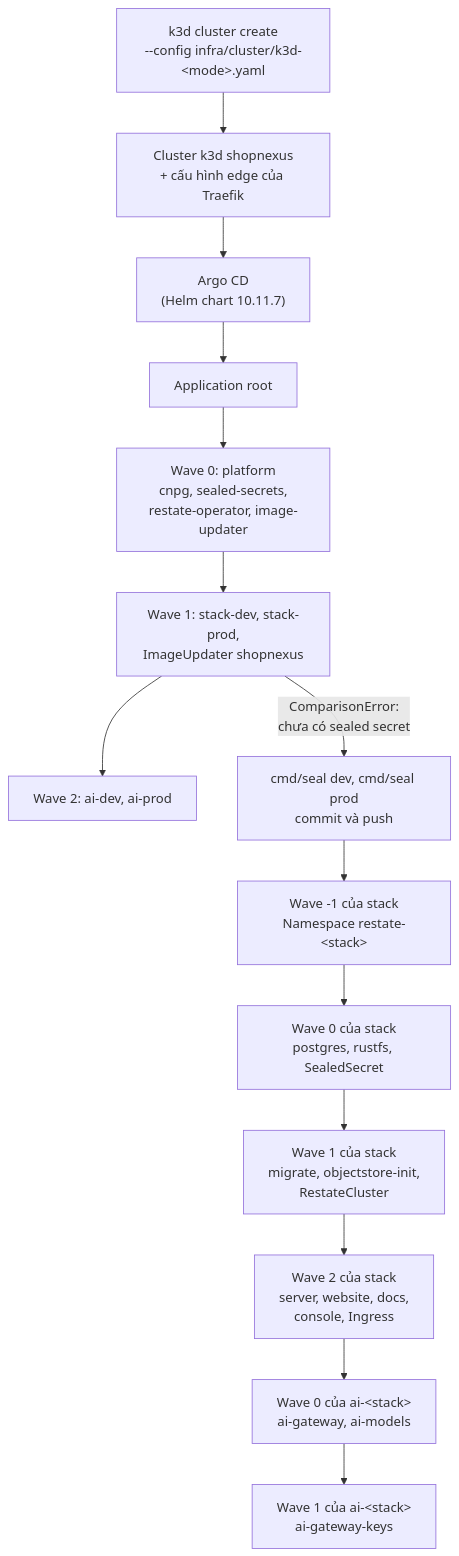
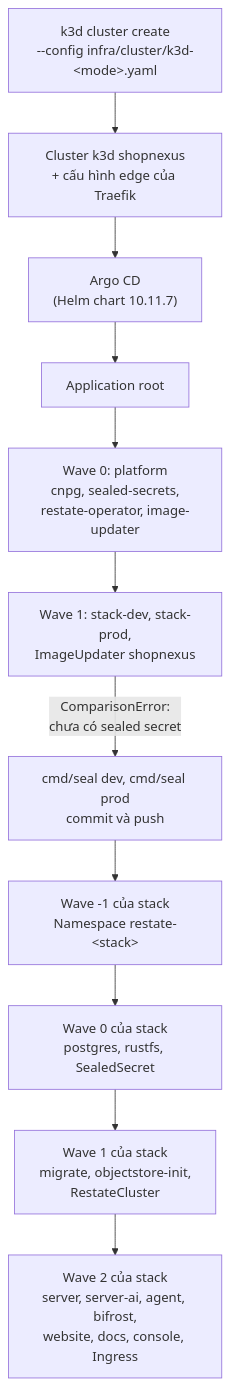
Before and after one commit to shopnexus/docs: the diagram in web/src/content/docs/vi/operations/cluster/bootstrap.mdx, drawn with Mermaid. The commit also changed other lines of this file and 1 other file, not shown here.

Commit message:
web: bootstrap seals Bifrost's keys; the ai Applications are gone

````diff
--- a/web/src/content/docs/vi/operations/cluster/bootstrap.mdx
+++ b/web/src/content/docs/vi/operations/cluster/bootstrap.mdx
@@ -29,16 +29,13 @@
 ```mermaid title="Những gì chạy sau k3d cluster create"
 flowchart TD
   up["k3d cluster create<br/>--config infra/cluster/k3d-#lt;mode#gt;.yaml"] --> k3d["Cluster k3d shopnexus<br/>+ cấu hình edge của Traefik"]
   k3d --> argo["Argo CD<br/>(Helm chart 10.11.7)"]
   argo --> root["Application root"]
   root --> w0["Wave 0: platform<br/>cnpg, sealed-secrets,<br/>restate-operator, image-updater"]
   w0 --> w1["Wave 1: stack-dev, stack-prod,<br/>ImageUpdater shopnexus"]
-  w1 --> w2["Wave 2: ai-dev, ai-prod"]
   w1 -->|"ComparisonError:<br/>chưa có sealed secret"| seal["cmd/seal dev, cmd/seal prod<br/>commit và push"]
   seal --> sm1["Wave -1 của stack<br/>Namespace restate-#lt;stack#gt;"]
   sm1 --> s0["Wave 0 của stack<br/>postgres, rustfs, SealedSecret"]
   s0 --> s1["Wave 1 của stack<br/>migrate, objectstore-init,<br/>RestateCluster"]
-  s1 --> s2["Wave 2 của stack<br/>server, website, docs,<br/>console, Ingress"]
-  s2 --> a0["Wave 0 của ai-#lt;stack#gt;<br/>ai-gateway, ai-models"]
-  a0 --> a1["Wave 1 của ai-#lt;stack#gt;<br/>ai-gateway-keys"]
+  s1 --> s2["Wave 2 của stack<br/>server, server-ai, agent, bifrost,<br/>website, docs, console, Ingress"]
 ```
````
